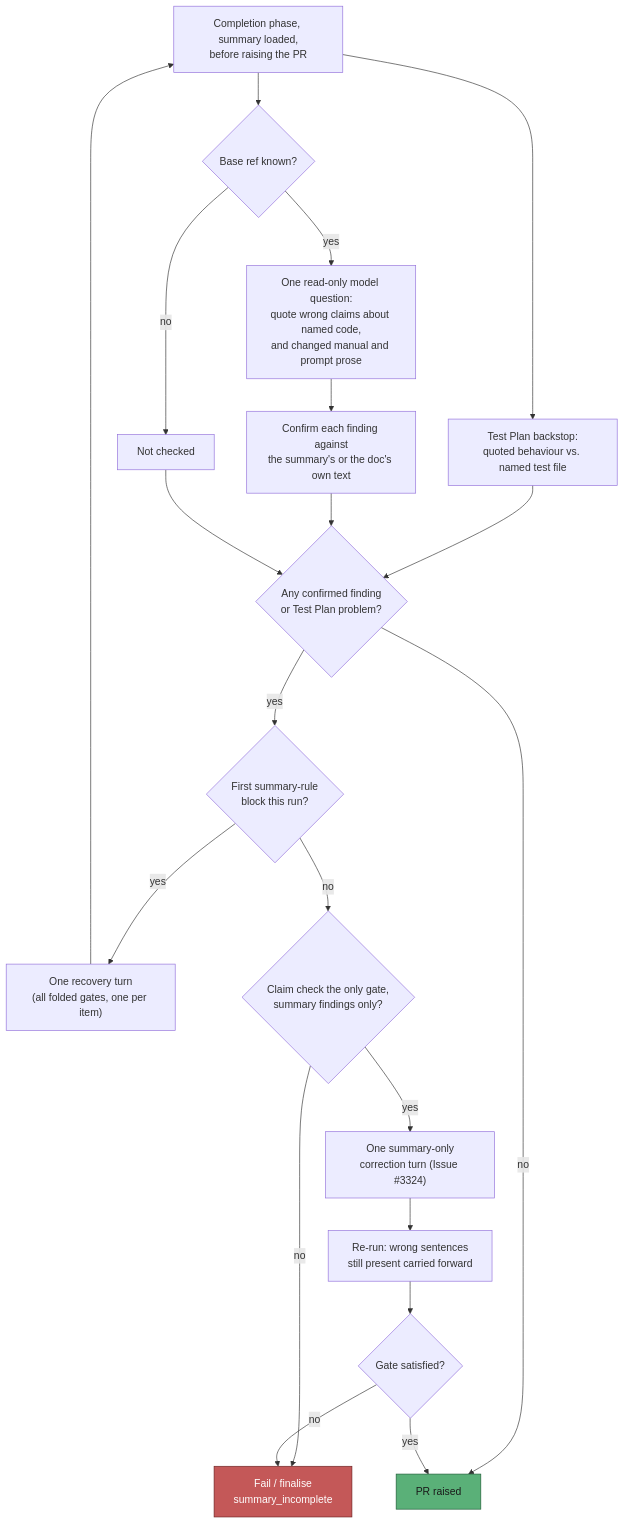
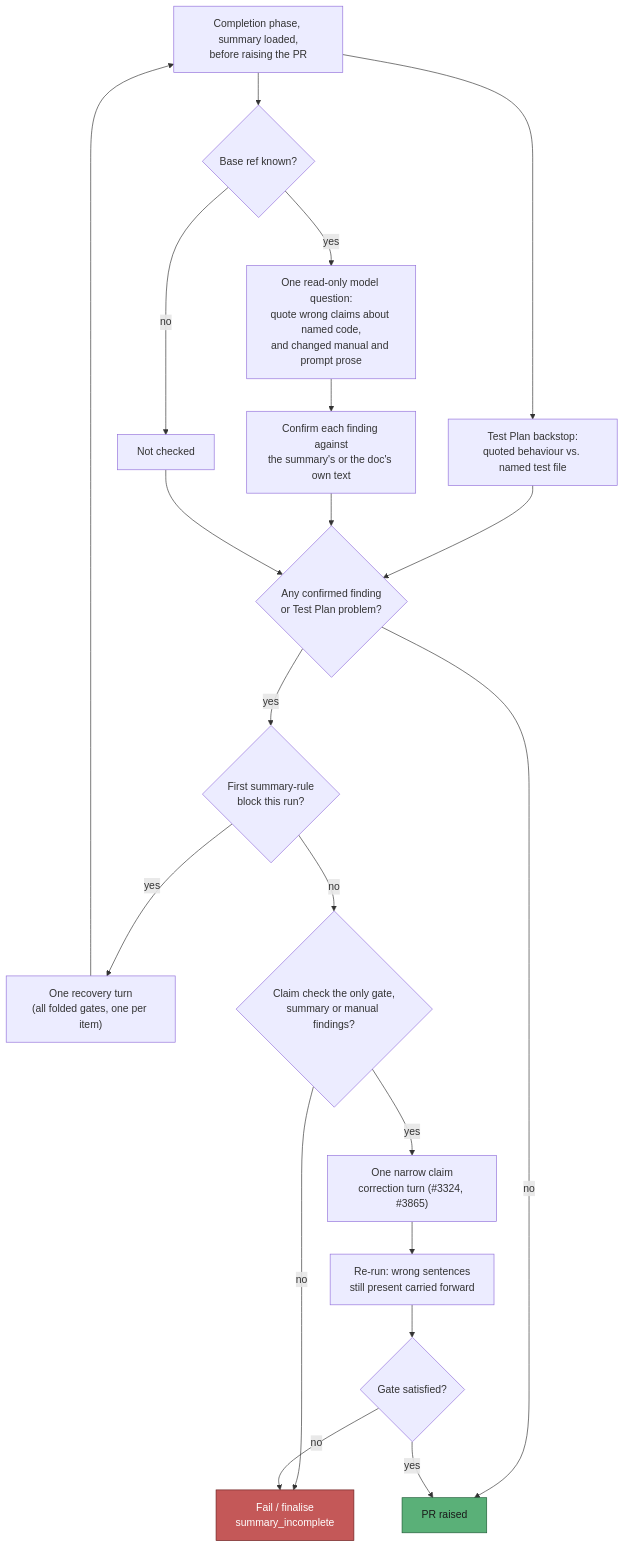
One commit to stSoftwareAU/VibeCoder changed diagram 19 of 25 in docs/workflows/issue-processing.md. Above: the diagram before and after it, drawn with Mermaid. The commit also changed other lines of this file and 7 other files, not shown here.

````diff
--- a/docs/workflows/issue-processing.md
+++ b/docs/workflows/issue-processing.md
@@ -2313,24 +2313,24 @@
 ```mermaid
 flowchart TD
     A["Completion phase, summary loaded,<br/>before raising the PR"] --> B["Test Plan backstop:<br/>quoted behaviour vs. named test file"]
     A --> C{"Base ref known?"}
     C -- no --> D["Not checked"]
     C -- yes --> E["One read-only model question:<br/>quote wrong claims about named code,<br/>and changed manual and prompt prose"]
     E --> F["Confirm each finding against<br/>the summary's or the doc's own text"]
     B --> G{"Any confirmed finding<br/>or Test Plan problem?"}
     F --> G
     D --> G
     G -- yes --> H{"First summary-rule<br/>block this run?"}
     G -- no --> I["PR raised"]
     H -- yes --> RT["One recovery turn<br/>(all folded gates, one per item)"]
     RT --> A
-    H -- no --> J{"Claim check the only gate,<br/>summary findings only?"}
+    H -- no --> J{"Claim check the only gate,<br/>summary or manual findings?"}
     J -- no --> K["Fail / finalise<br/>summary_incomplete"]
-    J -- yes --> L["One summary-only<br/>correction turn (Issue #3324)"]
+    J -- yes --> L["One narrow claim<br/>correction turn (#3324, #3865)"]
     L --> M["Re-run: wrong sentences<br/>still present carried forward"]
     M --> N{"Gate satisfied?"}
     N -- yes --> I
     N -- no --> K
     style I fill:#5ab078,stroke:#1d5a35,color:#1a1a1a
     style K fill:#c45858,stroke:#6b2020,color:#fff
 ```
````
